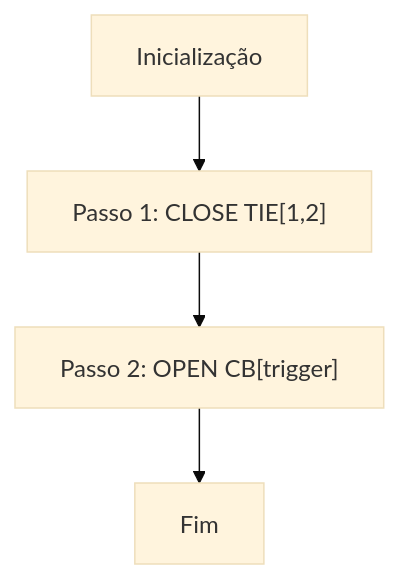
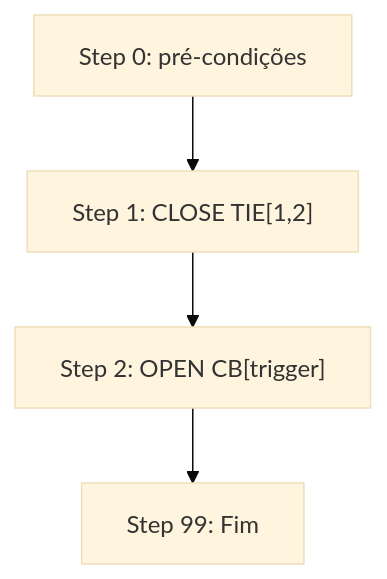
One commit to leandro-automa/edp-sp-xatm changed the first of 3 diagrams in docs/layouts/2T_1TIE.md. Above: the diagram before and after it, drawn with Mermaid (base theme). The commit also changed other lines of this file and 3 other files, not shown here.

First line of the commit message:
feat(xatm_lib): give the 2TR2LV_2BB1TIE layout its own step sequences

````diff
--- a/docs/layouts/2T_1TIE.md
+++ b/docs/layouts/2T_1TIE.md
@@ -36,6 +71,6 @@
 ```mermaid
 flowchart TD
-    P0[Inicialização] --> P1
-    P1["Passo 1: CLOSE TIE[1,2]"] --> P2
-    P2["Passo 2: OPEN CB[trigger]"] --> F[Fim]
+    P0[Step 0: pré-condições] --> P1
+    P1["Step 1: CLOSE TIE[1,2]"] --> P2
+    P2["Step 2: OPEN CB[trigger]"] --> F[Step 99: Fim]
 ```
````
